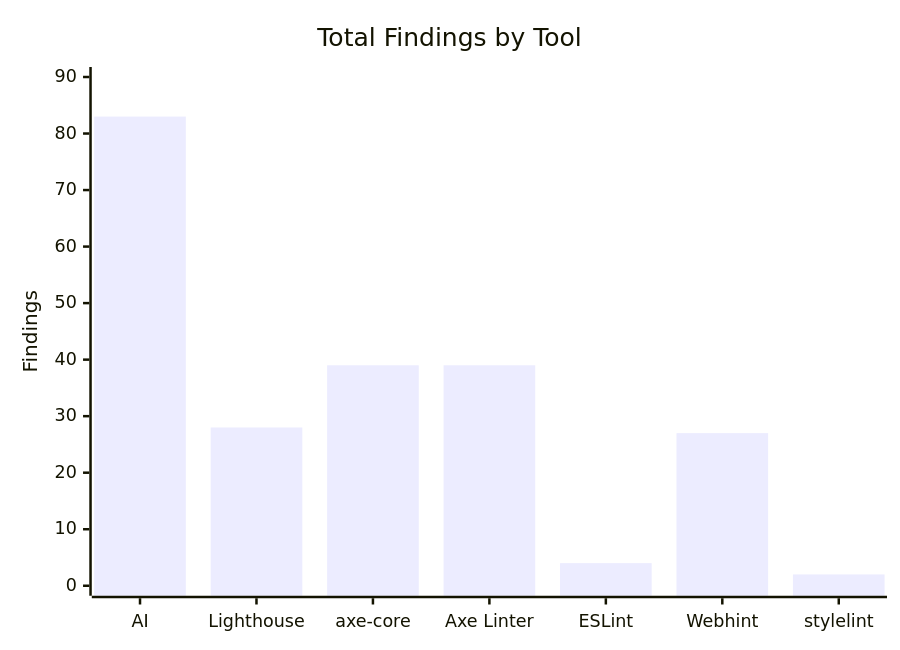
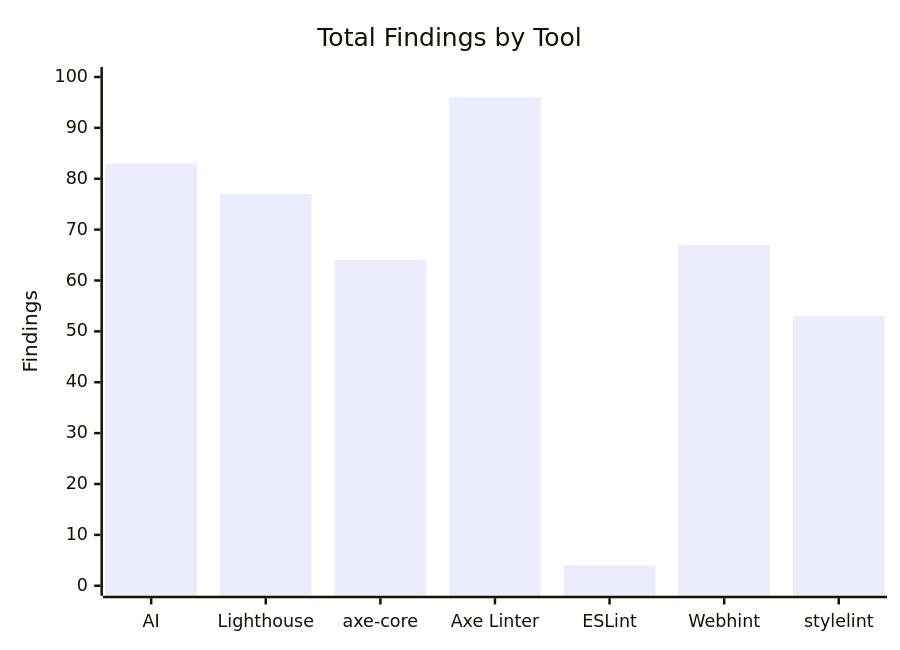
The first of 3 diagrams in evaluation/Phase6_ToolComparison/results/study-6/results.md (Mimiiiii017/dissertation-ai-accessibility-assistant), drawn with Mermaid before and after one commit. The commit also changed other lines of this file and 54 other files, not shown here.

````diff
--- a/evaluation/Phase6_ToolComparison/results/study-6/results.md
+++ b/evaluation/Phase6_ToolComparison/results/study-6/results.md
@@ -280,7 +282,7 @@
 ```mermaid
 xychart-beta
 	title "Total Findings by Tool"
 	x-axis ["AI","Lighthouse","axe-core","Axe Linter","ESLint","Webhint","stylelint"]
-	y-axis "Findings" 0 --> 90
-	bar [83,28,39,39,4,27,2]
+	y-axis "Findings" 0 --> 100
+	bar [83,77,64,96,4,67,53]
 ```
````
